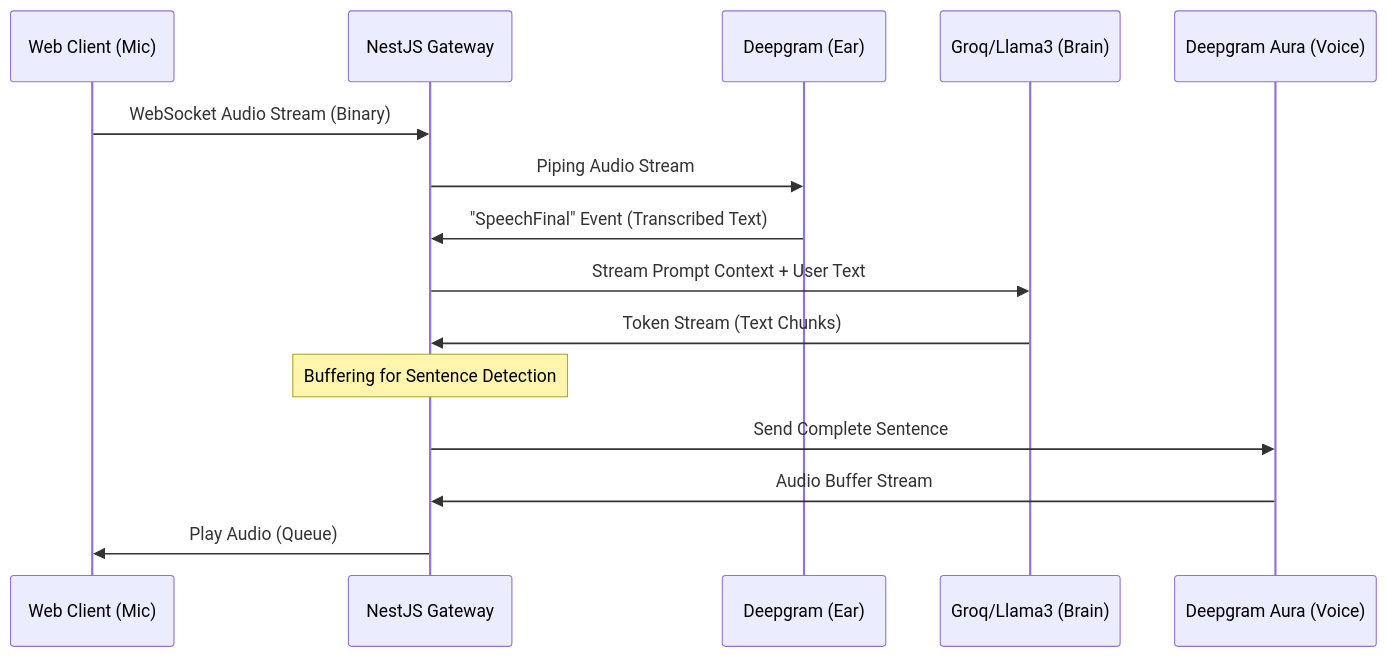
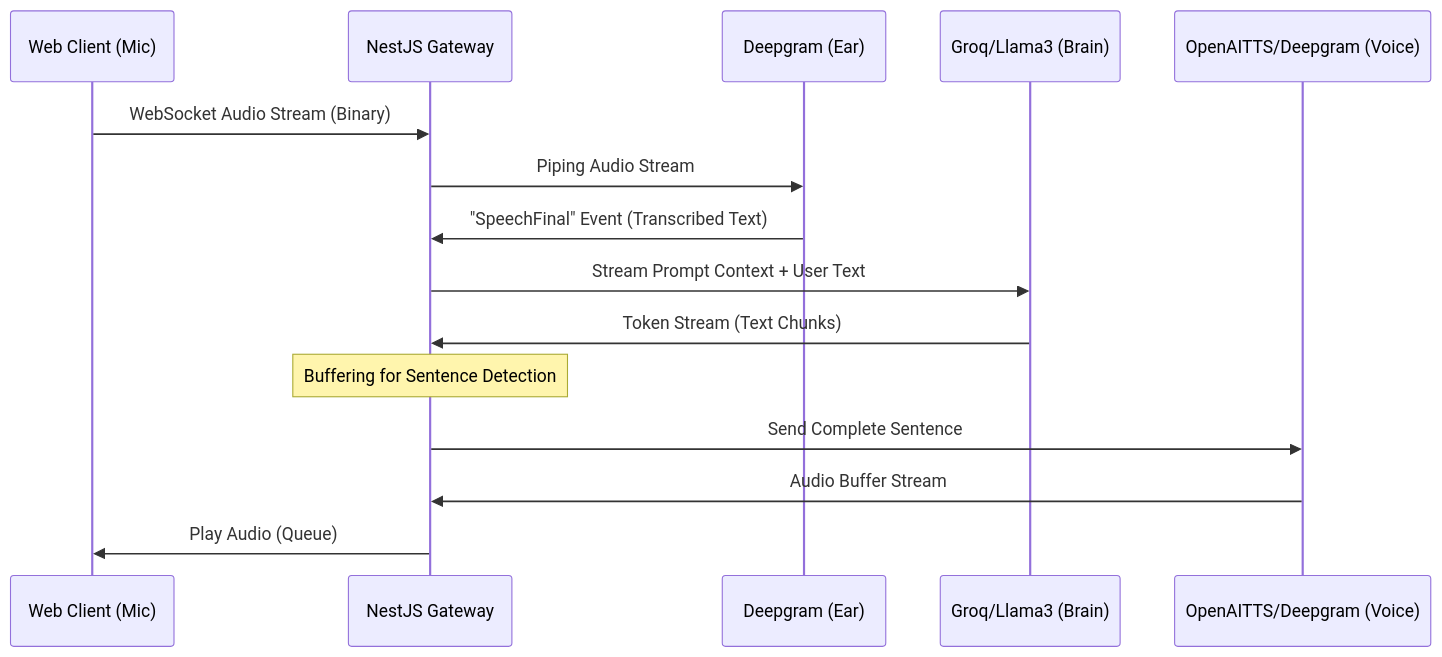
Before and after one commit to misasoares/nexus-voice-to-voice-AI-poc: the diagram in README.md, drawn with Mermaid. The commit also changed other lines of this file and 3 other files, not shown here.

````diff
--- a/README.md
+++ b/README.md
@@ -42,18 +42,18 @@
 ```mermaid
 sequenceDiagram
     participant User as Web Client (Mic)
     participant Gateway as NestJS Gateway
     participant STT as Deepgram (Ear)
     participant LLM as Groq/Llama3 (Brain)
-    participant TTS as Deepgram Aura (Voice)
+    participant TTS as OpenAITTS/Deepgram (Voice)
 
     User->>Gateway: WebSocket Audio Stream (Binary)
     Gateway->>STT: Piping Audio Stream
     STT->>Gateway: "SpeechFinal" Event (Transcribed Text)
     Gateway->>LLM: Stream Prompt Context + User Text
     LLM->>Gateway: Token Stream (Text Chunks)
     Note over Gateway: Buffering for Sentence Detection
     Gateway->>TTS: Send Complete Sentence
     TTS->>Gateway: Audio Buffer Stream
     Gateway->>User: Play Audio (Queue)
 ```
````
